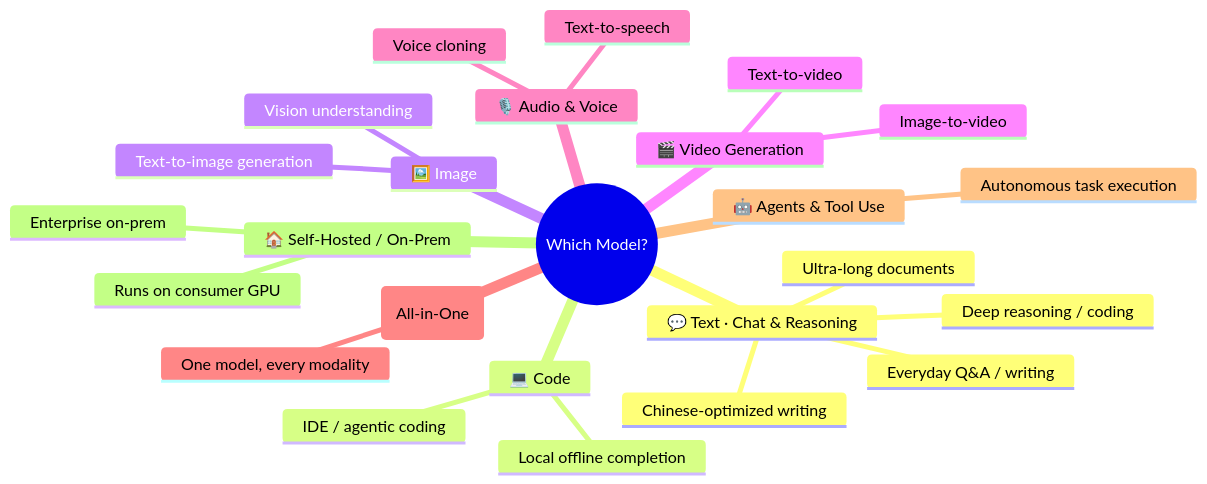
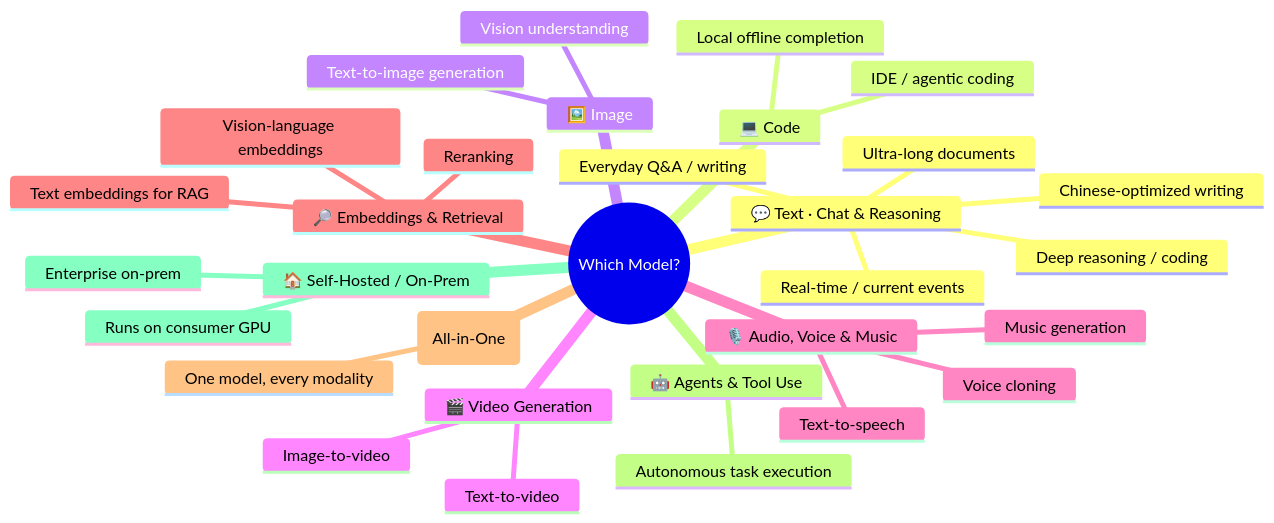
The first of 3 diagrams in README.md (HoobenWang/awesome-llm-landscape), drawn with Mermaid before and after one commit. The commit also changed other lines of this file and 2 other files, not shown here.

First line of the commit message:
Add embeddings/retrieval, and fill other scenario gaps

````diff
--- a/README.md
+++ b/README.md
@@ -47,28 +48,34 @@
 ```mermaid
 mindmap
   root((Which Model?))
     💬 Text · Chat & Reasoning
       Everyday Q&A / writing
       Deep reasoning / coding
       Ultra-long documents
       Chinese-optimized writing
+      Real-time / current events
     💻 Code
       IDE / agentic coding
       Local offline completion
     🖼️ Image
       Vision understanding
       Text-to-image generation
     🎬 Video Generation
       Text-to-video
       Image-to-video
-    🎙️ Audio & Voice
+    🎙️ Audio, Voice & Music
       Text-to-speech
       Voice cloning
+      Music generation
+    🔎 Embeddings & Retrieval
+      Text embeddings for RAG
+      Vision-language embeddings
+      Reranking
     🧩 Omni (All-in-One)
       One model, every modality
     🤖 Agents & Tool Use
       Autonomous task execution
     🏠 Self-Hosted / On-Prem
       Runs on consumer GPU
       Enterprise on-prem
 ```
````
